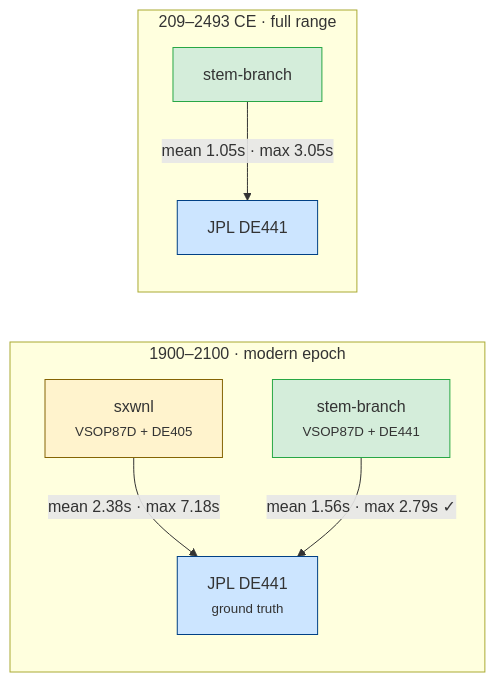
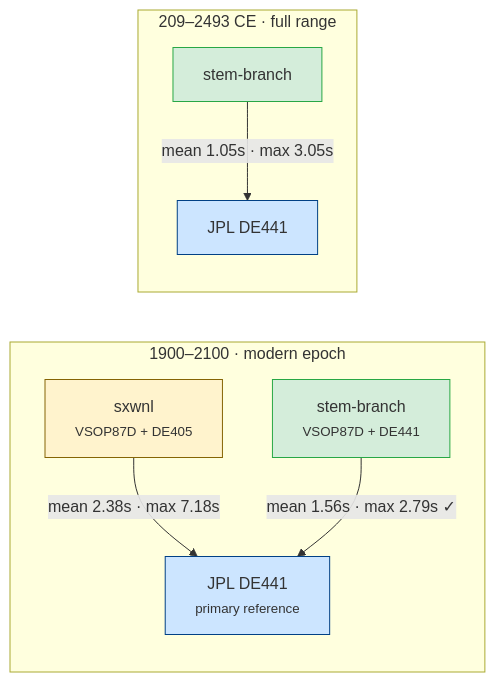
One commit to h4x0r/stem-branch changed the eighth of 10 diagrams in docs/accuracy.md. Above: the diagram before and after it, drawn with Mermaid. The commit also changed other lines of this file and 3 other files, not shown here.

First line of the commit message:
docs: revise accuracy report with scientific rigor and Mermaid charts

````diff
--- a/docs/accuracy.md
+++ b/docs/accuracy.md
@@ -285,21 +427,21 @@
 ```mermaid
 graph LR
     subgraph modern["1900–2100 · modern epoch"]
         SX["sxwnl<br/><small>VSOP87D + DE405</small>"]
         SB1["stem-branch<br/><small>VSOP87D + DE441</small>"]
-        JPL1["JPL DE441<br/><small>ground truth</small>"]
+        JPL1["JPL DE441<br/><small>primary reference</small>"]
         SX -- "mean 2.38s · max 7.18s" --> JPL1
         SB1 -- "mean 1.56s · max 2.79s ✓" --> JPL1
     end
     subgraph full["209–2493 CE · full range"]
         SB2["stem-branch"]
         JPL2["JPL DE441"]
         SB2 -- "mean 1.05s · max 3.05s" --> JPL2
     end
 
     style SB1 fill:#d4edda,stroke:#28a745
     style SB2 fill:#d4edda,stroke:#28a745
     style JPL1 fill:#cce5ff,stroke:#004085
     style JPL2 fill:#cce5ff,stroke:#004085
     style SX fill:#fff3cd,stroke:#856404
 ```
````
